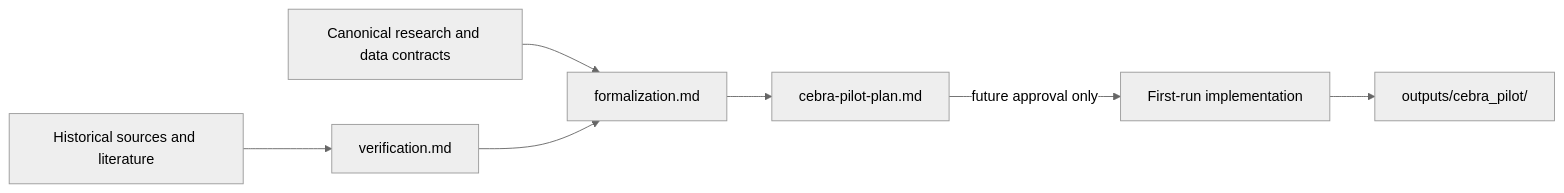
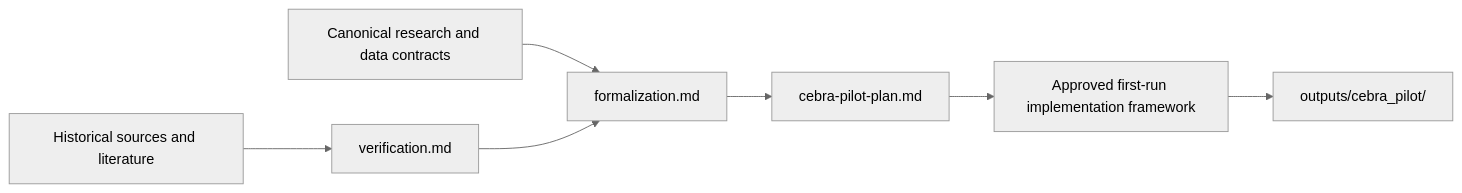
One commit to Hong-yiii/neuro_science changed the first of 2 diagrams in docs/cebra_pilot/README.md. Above: the diagram before and after it, drawn with Mermaid (neutral theme). The commit also changed other lines of this file and 17 other files, not shown here.

````diff
--- a/docs/cebra_pilot/README.md
+++ b/docs/cebra_pilot/README.md
@@ -27,9 +29,9 @@
 ```mermaid
 flowchart LR
     C[Canonical research and data contracts] --> F[formalization.md]
     S[Historical sources and literature] --> V[verification.md]
     V --> F
     F --> P[cebra-pilot-plan.md]
-    P -->|future approval only| I[First-run implementation]
+    P --> I[Approved first-run implementation framework]
     I --> O[outputs/cebra_pilot/]
 ```
````
